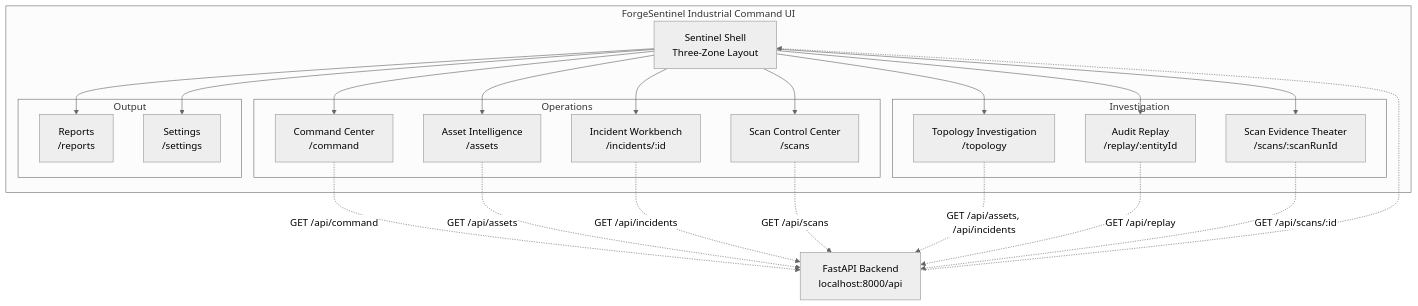
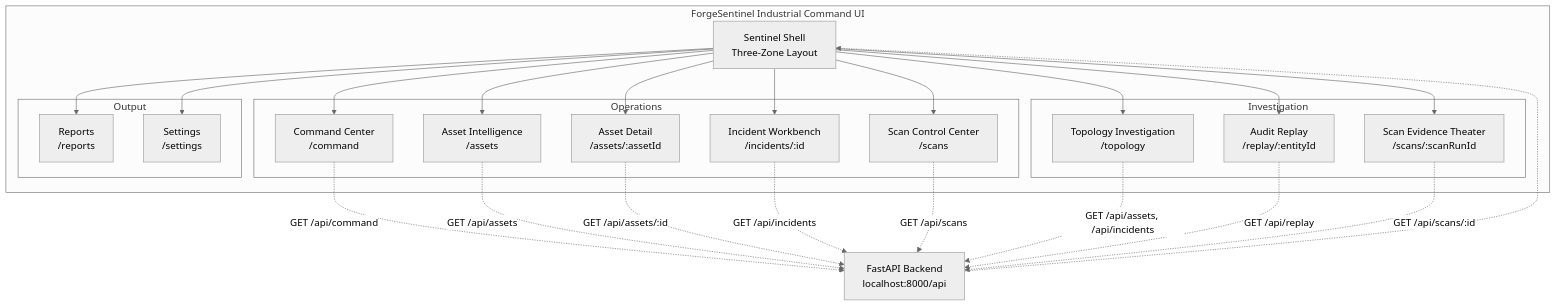
One commit to AngelP17/Security-Operations-Center-SOC- changed the first of 2 diagrams in README.md. Above: the diagram before and after it, drawn with Mermaid (neutral theme). The commit also changed other lines of this file and 22 other files, not shown here.

````diff
--- a/README.md
+++ b/README.md
@@ -13,43 +13,46 @@
 ```mermaid
 graph TB
     subgraph "ForgeSentinel Industrial Command UI"
         Shell[Sentinel Shell<br/>Three-Zone Layout]
 
         subgraph "Operations"
             CMD[Command Center<br/>/command]
             AST[Asset Intelligence<br/>/assets]
+            ASTD[Asset Detail<br/>/assets/:assetId]
             INC[Incident Workbench<br/>/incidents/:id]
             SCN[Scan Control Center<br/>/scans]
         end
 
         subgraph "Investigation"
             TOP[Topology Investigation<br/>/topology]
             RPL[Audit Replay<br/>/replay/:entityId]
             SEV[Scan Evidence Theater<br/>/scans/:scanRunId]
         end
 
         subgraph "Output"
             RPT[Reports<br/>/reports]
             SET[Settings<br/>/settings]
         end
 
         Shell --> CMD
         Shell --> AST
+        Shell --> ASTD
         Shell --> INC
         Shell --> SCN
         Shell --> TOP
         Shell --> RPL
         Shell --> SEV
         Shell --> RPT
         Shell --> SET
     end
 
     API[FastAPI Backend<br/>localhost:8000/api] -.-> Shell
     CMD -.->|GET /api/command| API
     AST -.->|GET /api/assets| API
+    ASTD -.->|GET /api/assets/:id| API
     INC -.->|GET /api/incidents| API
     SCN -.->|GET /api/scans| API
     TOP -.->|GET /api/assets, /api/incidents| API
     RPL -.->|GET /api/replay| API
     SEV -.->|GET /api/scans/:id| API
 ```
````
